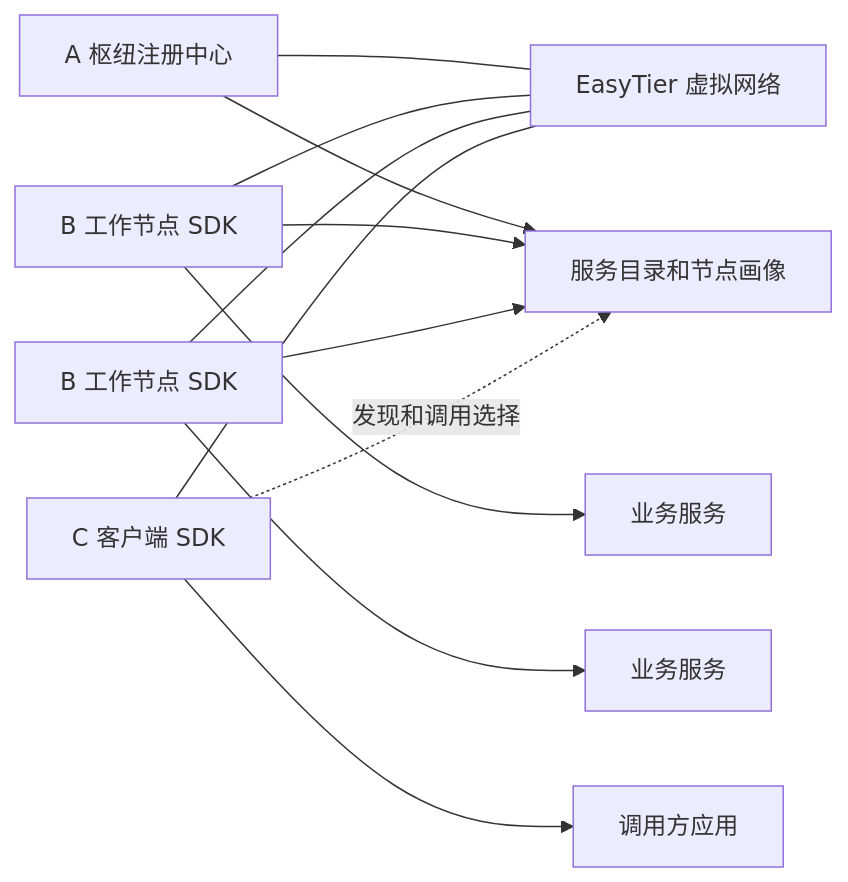
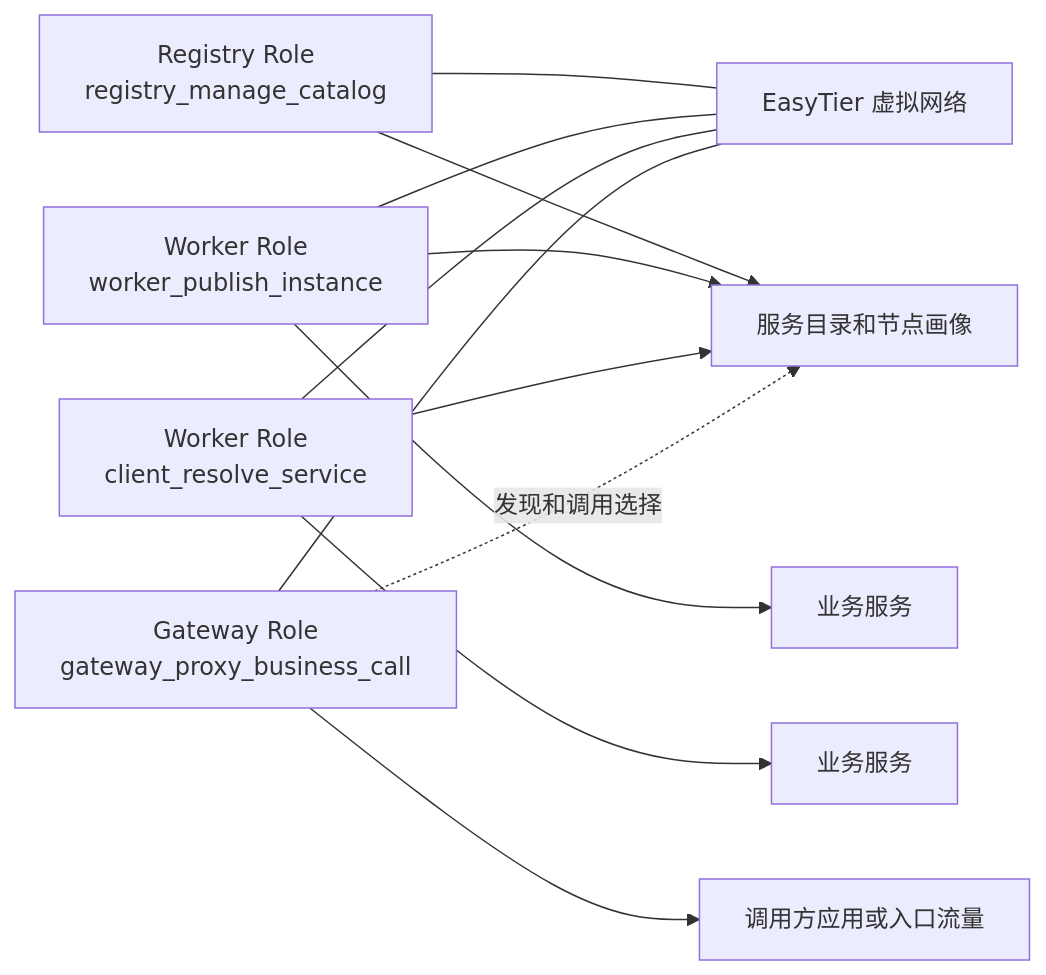
Before and after one commit to SwingCosmic/easytier-discovery: the first of 3 diagrams in docs/service-registry-core-design.md, drawn with Mermaid. The commit also changed other lines of this file and 7 other files, not shown here.

````diff
--- a/docs/service-registry-core-design.md
+++ b/docs/service-registry-core-design.md
@@ -74,14 +144,18 @@
 ```mermaid
 flowchart LR
-    A[A 枢纽注册中心] --- E[EasyTier 虚拟网络]
-    B1[B 工作节点 SDK] --- E
-    B2[B 工作节点 SDK] --- E
-    C[C 客户端 SDK] --- E
-    B1 --> S1[业务服务]
-    B2 --> S2[业务服务]
-    C --> App[调用方应用]
-    A --> Catalog[服务目录和节点画像]
-    B1 --> Catalog
-    B2 --> Catalog
-    C -.发现和调用选择.-> Catalog
+    R["Registry Role
+registry_manage_catalog"] --- E[EasyTier 虚拟网络]
+    W1["Worker Role
+worker_publish_instance"] --- E
+    W2["Worker Role
+client_resolve_service"] --- E
+    G["Gateway Role
+gateway_proxy_business_call"] --- E
+    W1 --> S1[业务服务]
+    W2 --> S2[业务服务]
+    G --> App[调用方应用或入口流量]
+    R --> Catalog[服务目录和节点画像]
+    W1 --> Catalog
+    W2 --> Catalog
+    G -.发现和调用选择.-> Catalog
 ```
````
